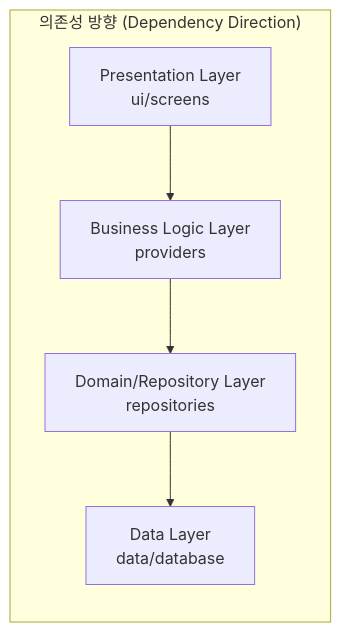
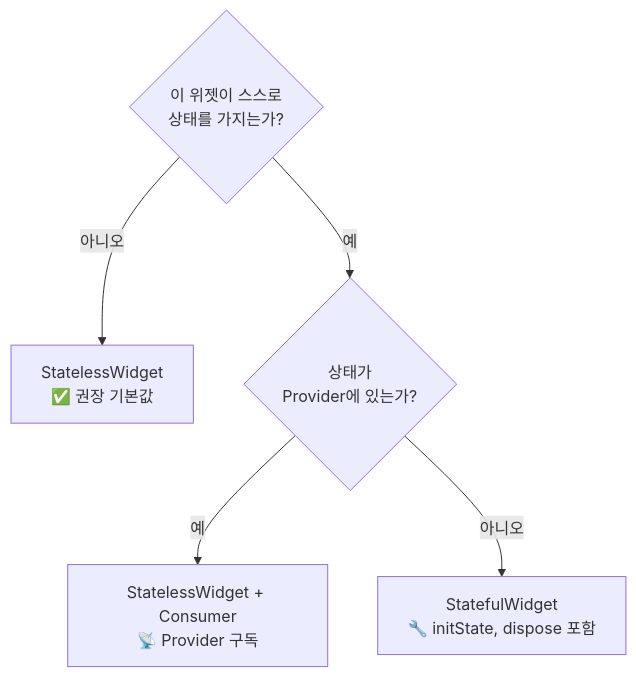
Before and after one commit to goodsw4all/wawapoint_flutter: the third of 8 diagrams in docs/LEARNING_GUIDE.md, drawn with Mermaid. The commit also changed other lines of this file, not shown here.

````diff
--- a/docs/LEARNING_GUIDE.md
+++ b/docs/LEARNING_GUIDE.md
@@ -44,13 +212,8 @@
 ```mermaid
-graph BT
-    UI[Presentation Layer<br/>ui/screens] --> VM[Business Logic Layer<br/>providers]
-    VM --> REPO[Domain/Repository Layer<br/>repositories]
-    REPO --> DATA[Data Layer<br/>data/database]
-    
-    subgraph "의존성 방향 (Dependency Direction)"
-        UI
-        VM
-        REPO
-        DATA
-    end
+graph TD
+    Q{이 위젯이 스스로<br/>상태를 가지는가?}
+    Q -- 아니오 --> SL[StatelessWidget<br/>✅ 권장 기본값]
+    Q -- 예 --> Q2{상태가<br/>Provider에 있는가?}
+    Q2 -- 예 --> SL2[StatelessWidget + Consumer<br/>📡 Provider 구독]
+    Q2 -- 아니오 --> SF[StatefulWidget<br/>🔧 initState, dispose 포함]
 ```
````
